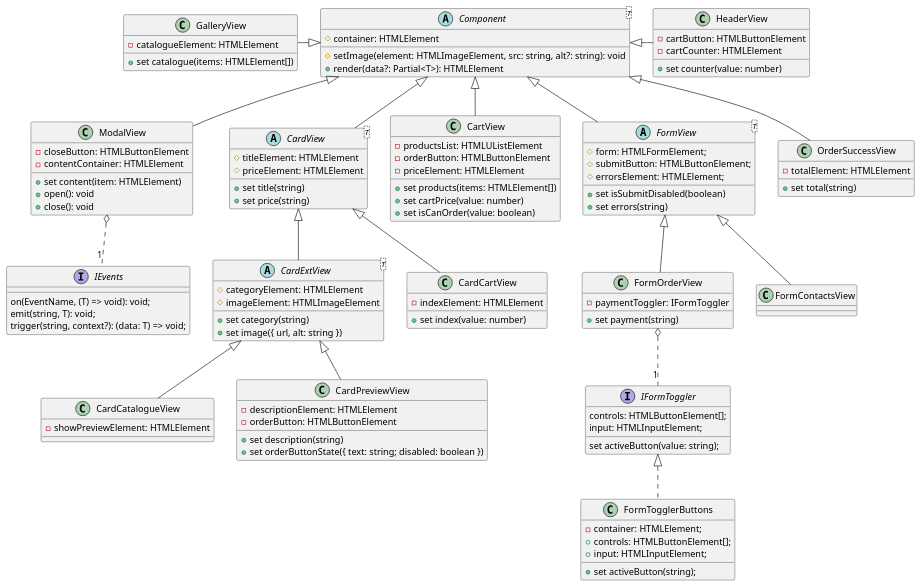
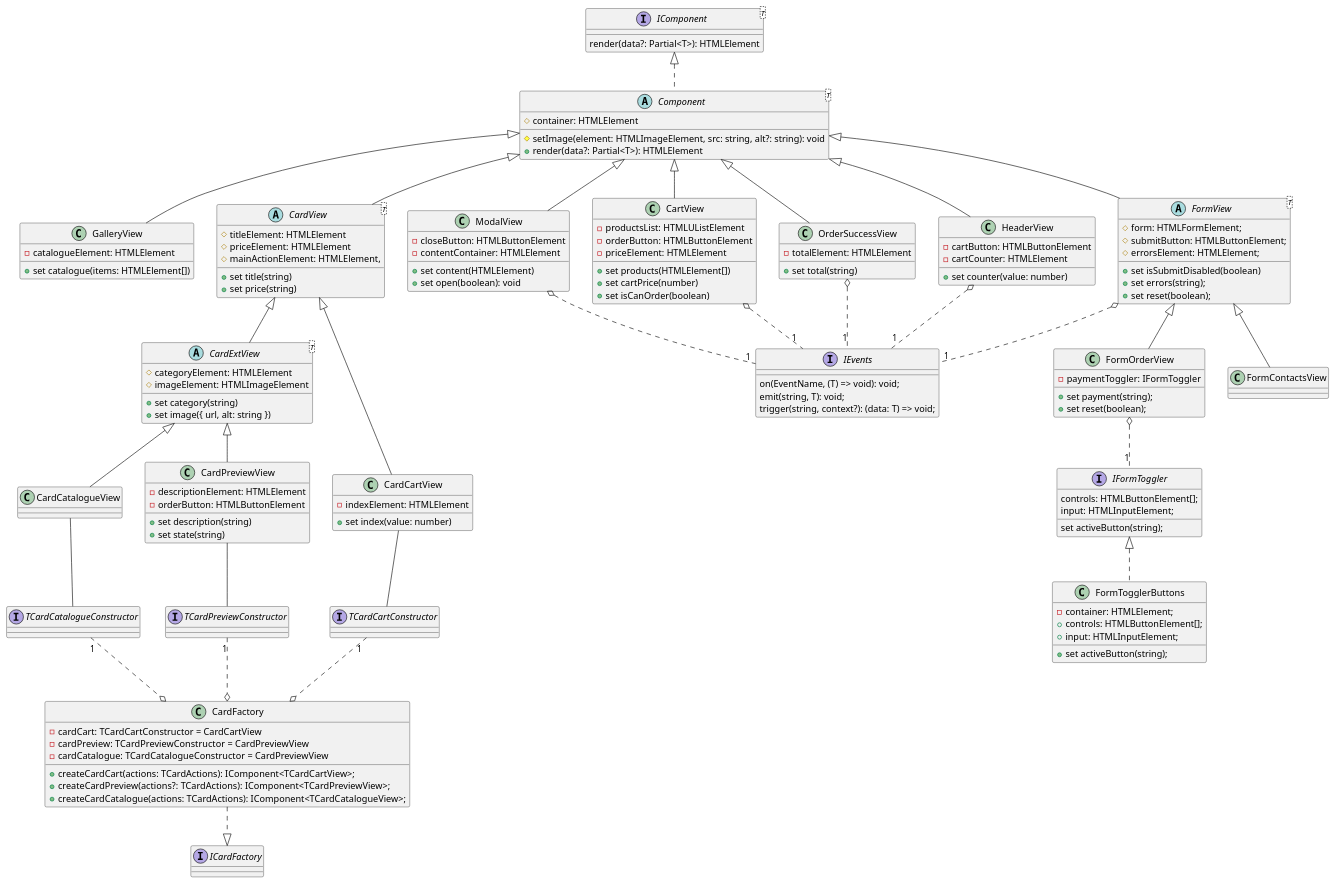
Before and after one commit to Mishbazian/weblarek: the diagram in view.puml, drawn with PlantUML. The commit also changed 1 other file, not shown here.

```diff
--- a/view.puml
+++ b/view.puml
@@ -1,150 +1,194 @@
 @startuml ViewClassesDiagram
 
 'left to right direction
 'skinparam groupInheritance 2
 ' skinparam nodesep 20
 'skinparam ranksep 20
 
+ together {
+   class CardView
+   class GalleryView
+ }
 
-abstract class Component<T> {
+ together {
+   class FormView
+   class HeaderView
+ }
+
+interface IComponent<T> {
+  render(data?: Partial<T>): HTMLElement
+}
+abstract class Component<T> implements IComponent{
   # container: HTMLElement
   # setImage(element: HTMLImageElement, src: string, alt?: string): void
   + render(data?: Partial<T>): HTMLElement
 }
 
 '----Хедер-----'
 class HeaderView {
   -cartButton: HTMLButtonElement
   -cartCounter: HTMLElement
   + set counter(value: number)
 }
-HeaderView -left-|> Component
+
 
 '---Каталог ---'
 
 class GalleryView {
   -catalogueElement: HTMLElement
   + set catalogue(items: HTMLElement[])
 }
-GalleryView -right-|> Component
+
 
 '------Модалка---------'
 
 class ModalView extends Component {
   -closeButton: HTMLButtonElement
   -contentContainer: HTMLElement
-  + set content(item: HTMLElement)
-  + open(): void
-  + close(): void
+  + set content(HTMLElement)
+  + set open(boolean): void
 }
 
 '-----Карточки------'
 '---Базовый класс---'
 
 abstract class CardView<T> extends Component {
   #titleElement: HTMLElement
   #priceElement: HTMLElement
+  #mainActionElement: HTMLElement,
 
   + set title(string)
   + set price(string)
 }
 
 '-----Карточка для каталога---'
 
 abstract class CardExtView<T> extends CardView {
   #categoryElement: HTMLElement
   #imageElement: HTMLImageElement
 
   + set category(string)
   + set image({ url, alt: string })
 }
 
 class CardCatalogueView extends CardExtView {
-  -showPreviewElement: HTMLElement
 }
 
 '-----Карточка для превью---'
 
 
 class CardPreviewView extends CardExtView {
   -descriptionElement: HTMLElement
   -orderButton: HTMLButtonElement
 
   + set description(string)
-  + set orderButtonState({ text: string; disabled: boolean })
+  + set state(string)
 }
 
 
 '---Карточка для корзины----'
 class CardCartView extends CardView {
   -indexElement: HTMLElement
   + set index(value: number)
 }
 
 '---Корзина ---'
 
 class CartView extends Component {
   -productsList: HTMLUListElement
   -orderButton: HTMLButtonElement
   -priceElement: HTMLElement
-  + set products(items: HTMLElement[])
-  + set cartPrice(value: number)
-  + set isCanOrder(value: boolean)
+  + set products(HTMLElement[])
+  + set cartPrice(number)
+  + set isCanOrder(boolean)
 }
 
 '-----Кнопки----'
 
 class FormTogglerButtons implements IFormToggler{
   -container: HTMLElement;
   +controls: HTMLButtonElement[];
   +input: HTMLInputElement;
   +set activeButton(string);
 }
 
 interface IFormToggler {
   controls: HTMLButtonElement[];
   input: HTMLInputElement;
-  set activeButton(value: string);
+  set activeButton(string);
 }
 
 ' FormTogglerButtons -left-> IFormToggler
 
 '---Формы----'
 
 abstract class FormView<T> extends Component {
   #form: HTMLFormElement;
   #submitButton: HTMLButtonElement;
   #errorsElement: HTMLElement;
   +set isSubmitDisabled(boolean)
-  +set errors(string)
+  +set errors(string);
+  +set reset(boolean);
 }
 
 class FormOrderView extends FormView {
   -paymentToggler: IFormToggler
-  + set payment(string)
+  + set payment(string);
+  + set reset(boolean);
 }
 
-FormOrderView o.."1" IFormToggler
 
 class FormContactsView extends FormView {
 }
 
 '----Заказ успешен--'
 
 class OrderSuccessView extends Component {
   -totalElement: HTMLElement
   + set total(string)
 }
 
 interface IEvents {
     on(EventName, (T) => void): void;
     emit(string, T): void;
     trigger(string, context?): (data: T) => void;
 }
 
+
+class CardFactory {
+        - cardCart: TCardCartConstructor = CardCartView
+        - cardPreview: TCardPreviewConstructor = CardPreviewView
+        - cardCatalogue: TCardCatalogueConstructor = CardPreviewView
+    + createCardCart(actions: TCardActions): IComponent<TCardCartView>; 
+    + createCardPreview(actions?: TCardActions): IComponent<TCardPreviewView>;
+    +createCardCatalogue(actions: TCardActions): IComponent<TCardCatalogueView>; 
+
+}
+
+interface TCardCartConstructor  
+interface TCardPreviewConstructor 
+interface TCardCatalogueConstructor
+interface ICardFactory
+
+HeaderView --|> Component
+GalleryView --|> Component
+
+FormOrderView o.."1" IFormToggler
 ModalView o.."1" IEvents
+HeaderView o.."1" IEvents
+FormView o.."1" IEvents
+CartView o.."1" IEvents
+OrderSuccessView o.."1" IEvents
+
+CardFactory o.up."1" TCardCartConstructor
+CardFactory o.up."1" TCardPreviewConstructor
+CardFactory o.up."1" TCardCatalogueConstructor
+CardFactory ..|>ICardFactory
+CardCartView -- TCardCartConstructor
+CardPreviewView -- TCardPreviewConstructor
+CardCatalogueView -- TCardCatalogueConstructor
 
 'hide <<interface>>
 'hide class circle
 'hide interface circle
 @enduml
```
